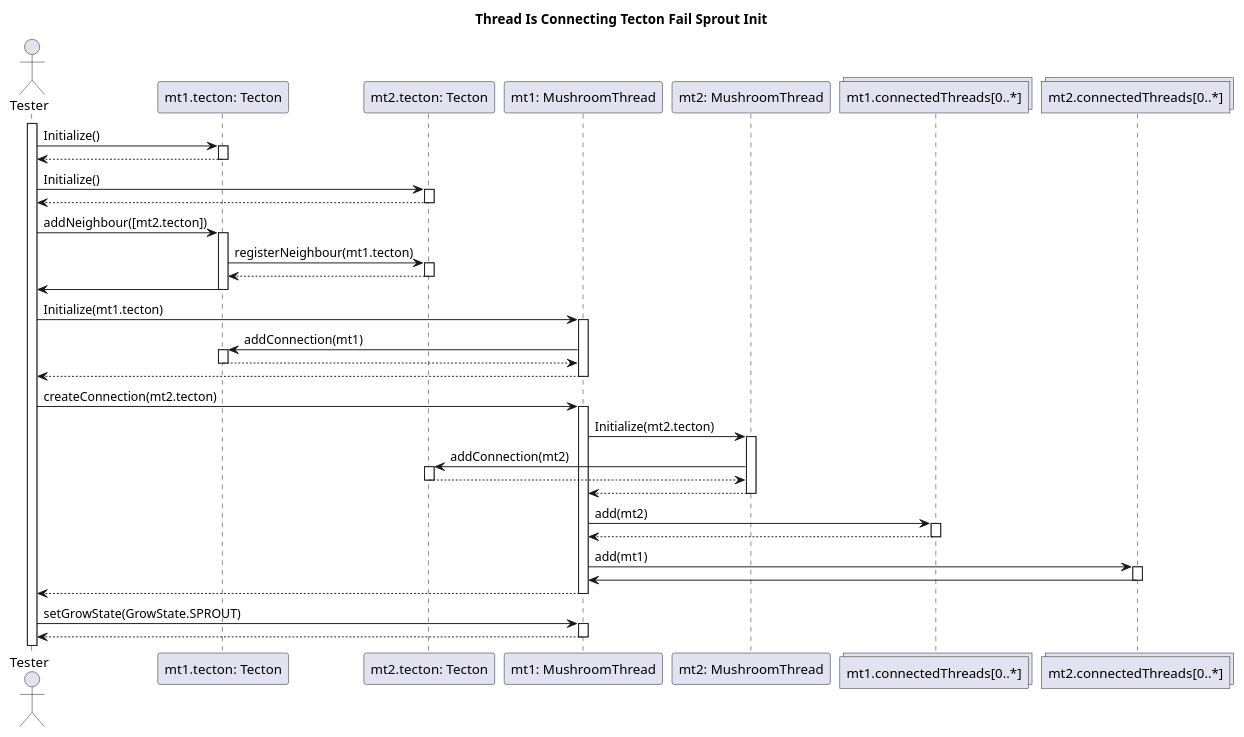
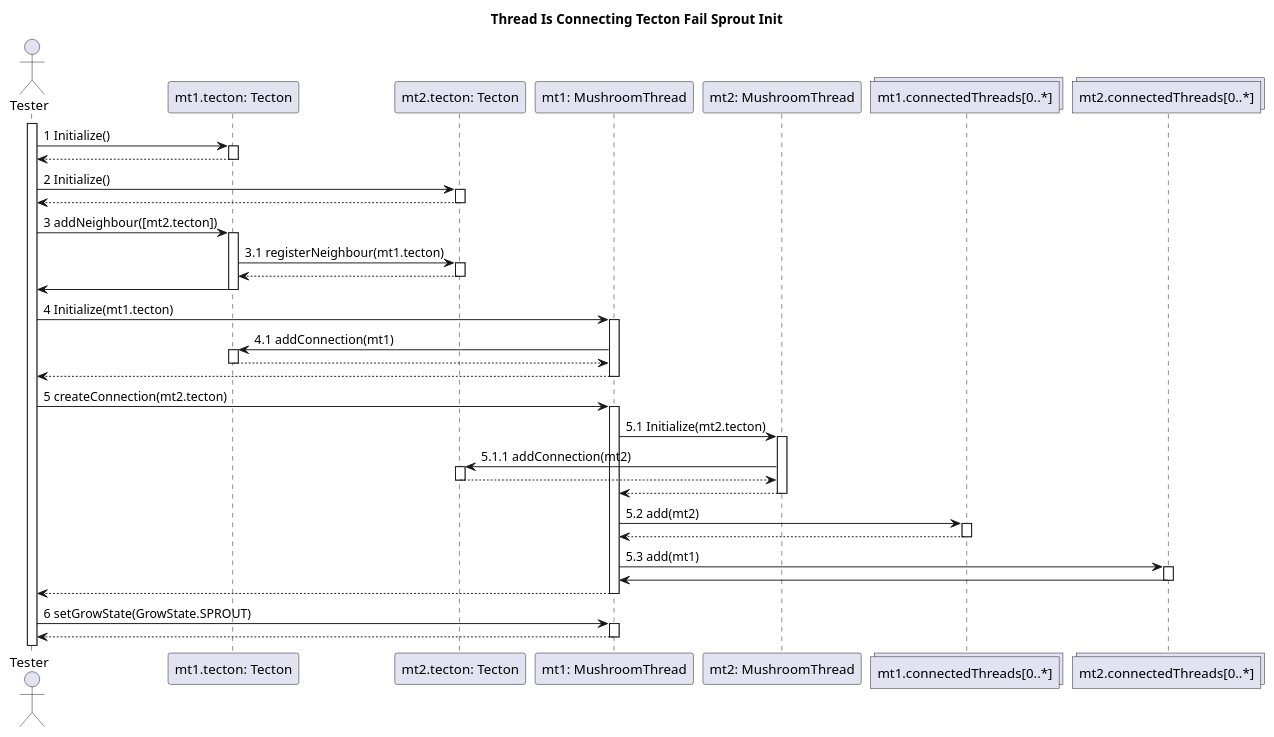
One commit to dzsem/projlab changed the diagram in diagrams/test-sequence/mushroom/communication-diagrams/connectingTectonFailSproutComm.wsd. Above: the diagram before and after it, drawn with PlantUML. The commit also changed 2 other files, not shown here.

Commit message:
Added sequence numbers to cd-s

```diff
--- a/diagrams/test-sequence/mushroom/communication-diagrams/connectingTectonFailSproutComm.wsd
+++ b/diagrams/test-sequence/mushroom/communication-diagrams/connectingTectonFailSproutComm.wsd
@@ -1,79 +1,79 @@
 @startuml Thread Is Traversible Fail Sprout
 title Thread Is Connecting Tecton Fail Sprout Init
 
 actor "Tester" as tester
 
 participant "mt1.tecton: Tecton" as t1
 participant "mt2.tecton: Tecton" as t2
 participant "mt1: MushroomThread" as mt1
 participant "mt2: MushroomThread" as mt2
 
 collections "mt1.connectedThreads[0..*]" as ct1
 collections "mt2.connectedThreads[0..*]" as ct2
 
 activate tester
 
 'Init tectons
-tester -> t1: Initialize()
+tester -> t1: 1 Initialize()
 activate t1
 t1 --> tester
 deactivate t1
 
-tester -> t2: Initialize()
+tester -> t2: 2 Initialize()
 activate t2
 t2 --> tester
 deactivate t2
 
 'Add neighbours
-tester -> t1: addNeighbour([mt2.tecton])
+tester -> t1: 3 addNeighbour([mt2.tecton])
 activate t1
-t1 -> t2: registerNeighbour(mt1.tecton)
+t1 -> t2: 3.1 registerNeighbour(mt1.tecton)
 activate t2
 t2 --> t1
 deactivate t2
 t1 -> tester
 deactivate t1
 
 'Add threads
-tester -> mt1: Initialize(mt1.tecton)
+tester -> mt1: 4 Initialize(mt1.tecton)
 activate mt1
-mt1 -> t1: addConnection(mt1)
+mt1 -> t1: 4.1 addConnection(mt1)
 activate t1
 t1 --> mt1
 deactivate t1
 mt1 --> tester 
 deactivate mt1
 
-tester -> mt1: createConnection(mt2.tecton)
+tester -> mt1: 5 createConnection(mt2.tecton)
 activate mt1
 
-mt1 -> mt2: Initialize(mt2.tecton)
+mt1 -> mt2: 5.1 Initialize(mt2.tecton)
 activate mt2
-mt2 -> t2: addConnection(mt2)
+mt2 -> t2: 5.1.1 addConnection(mt2)
 activate t2
 t2 --> mt2
 deactivate t2
 mt2 --> mt1
 deactivate mt2
 
-mt1 -> ct1: add(mt2)
+mt1 -> ct1: 5.2 add(mt2)
 activate ct1
 ct1 --> mt1
 deactivate ct1
 
 
-mt1 -> ct2: add(mt1)
+mt1 -> ct2: 5.3 add(mt1)
 activate ct2
 ct2 -> mt1
 deactivate ct2
 
 mt1 --> tester
 deactivate mt1
 
 'Set Sprout
-tester -> mt1: setGrowState(GrowState.SPROUT)
+tester -> mt1: 6 setGrowState(GrowState.SPROUT)
 activate mt1
 mt1 --> tester
 deactivate mt1
 
 @enduml
```
